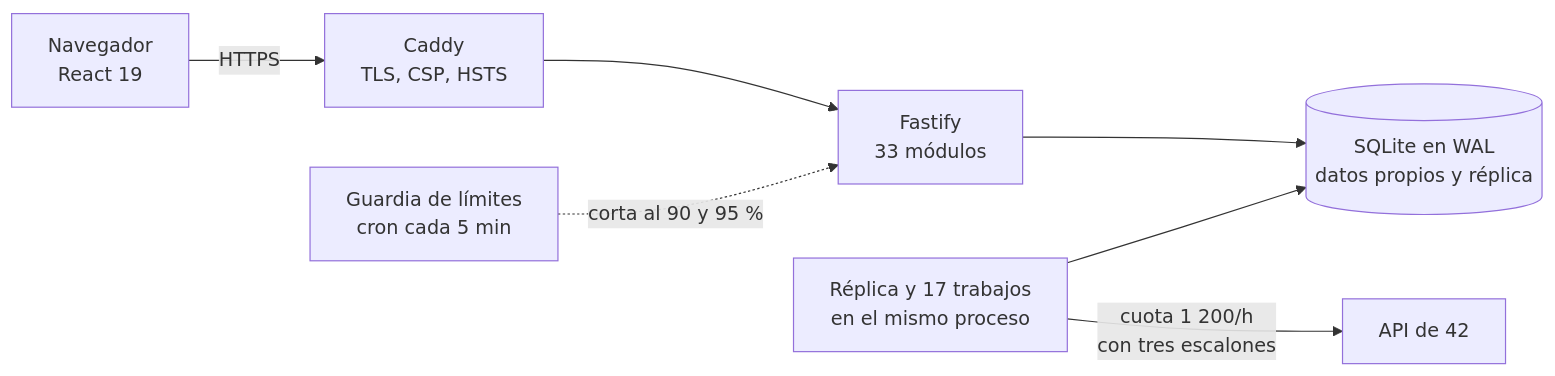
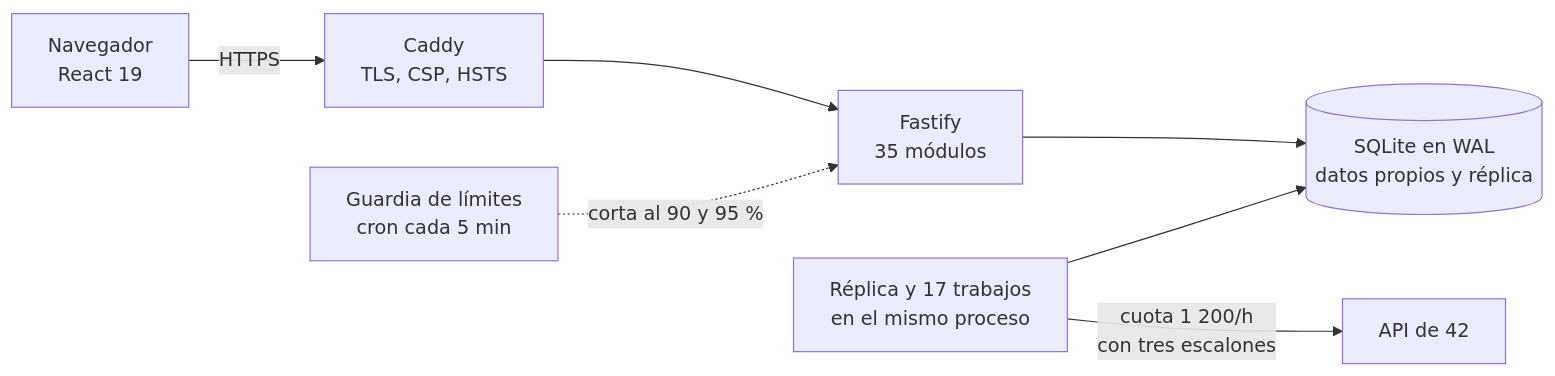
The first of 2 diagrams in README.md (ALRO-GM/sanatorio-42), drawn with Mermaid before and after one commit. The commit also changed other lines of this file and 5 other files, not shown here.

````diff
--- a/README.md
+++ b/README.md
@@ -223,9 +248,9 @@
 ```mermaid
 flowchart LR
   P["Navegador<br/>React 19"] -->|HTTPS| C["Caddy<br/>TLS, CSP, HSTS"]
-  C --> A["Fastify<br/>33 módulos"]
+  C --> A["Fastify<br/>35 módulos"]
   A --> D[("SQLite en WAL<br/>datos propios y réplica")]
   S["Réplica y 17 trabajos<br/>en el mismo proceso"] --> D
   S -->|"cuota 1 200/h<br/>con tres escalones"| Q["API de 42"]
   G["Guardia de límites<br/>cron cada 5 min"] -. "corta al 90 y 95 %" .-> A
 ```
````
